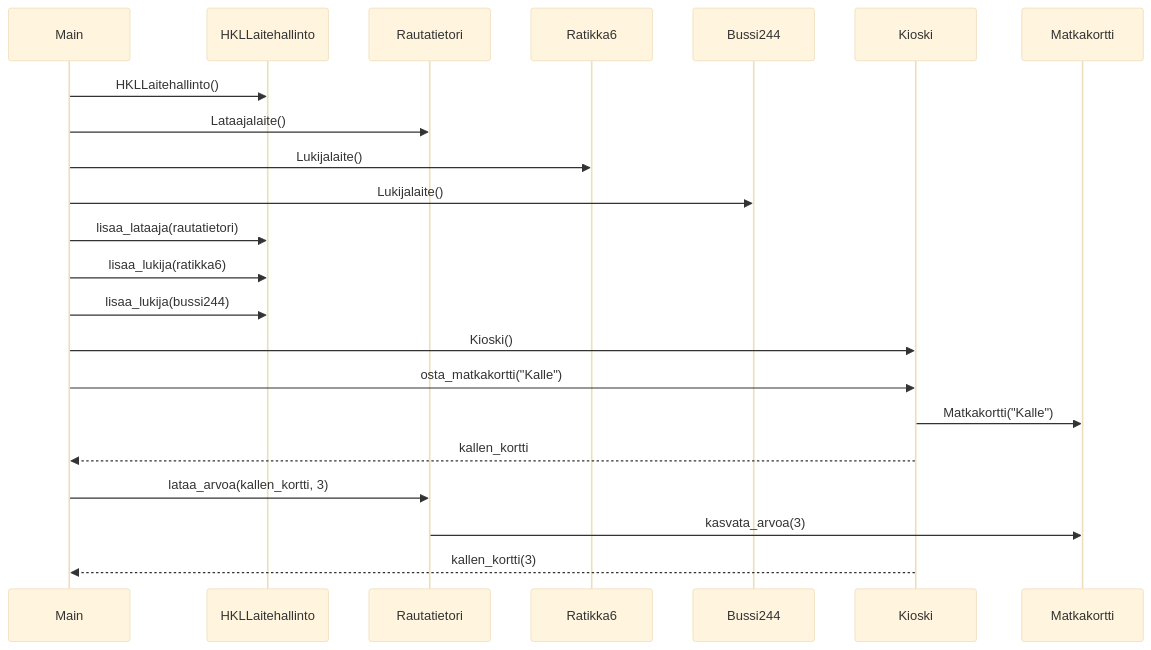
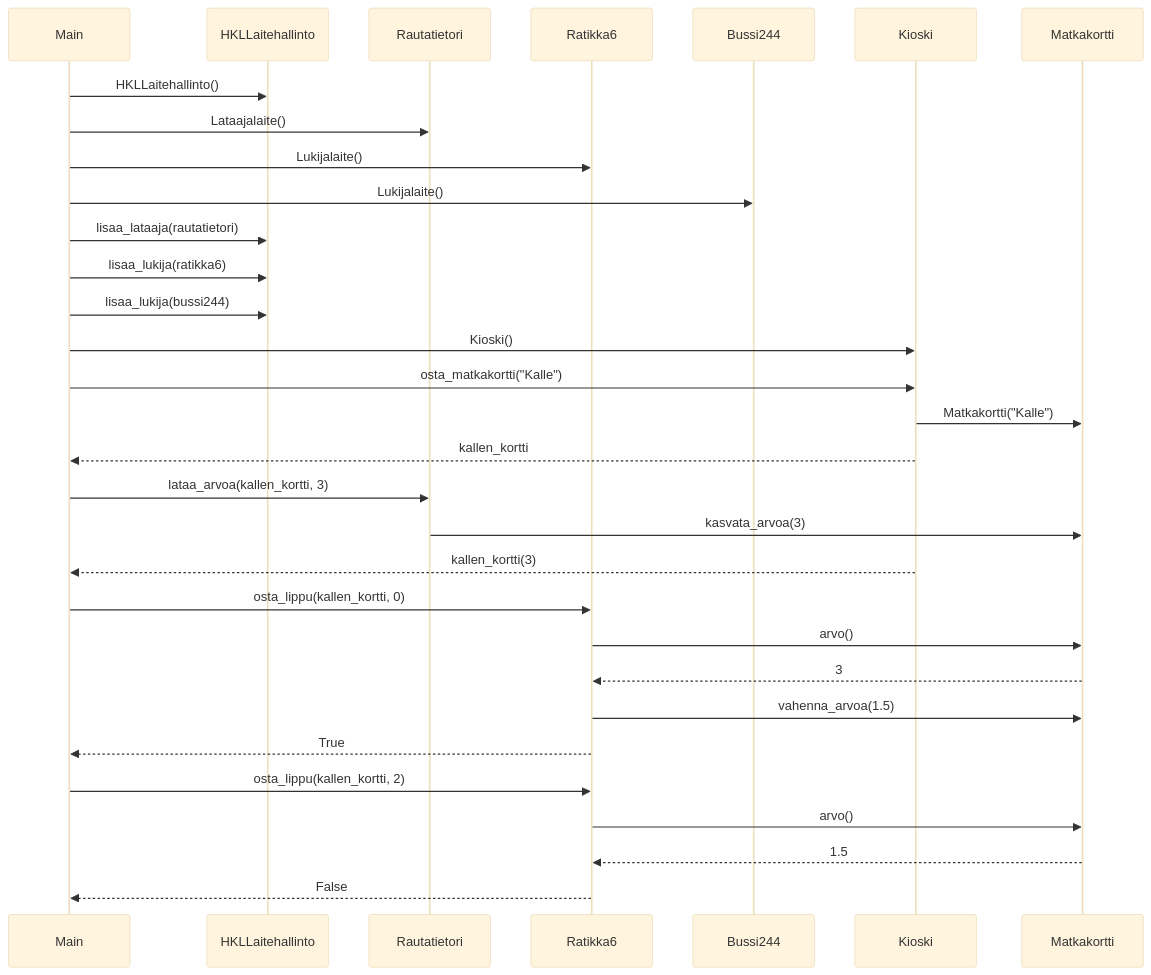
Before and after one commit to phuvio/ot-harjoitustyo: the second of 2 diagrams in laskarit/viikko3/sekvenssikaavio.md, drawn with Mermaid (base theme).

````diff
--- a/laskarit/viikko3/sekvenssikaavio.md
+++ b/laskarit/viikko3/sekvenssikaavio.md
@@ -27,26 +27,34 @@
 ```mermaid
   sequenceDiagram
       participant M as Main
       participant H as HKLLaitehallinto
       participant L as Rautatietori
       participant R as Ratikka6
       participant B as Bussi244
       participant K as Kioski
       participant A as Matkakortti
       
       M->>H: HKLLaitehallinto()
       M->>L: Lataajalaite()
       M->>R: Lukijalaite()
       M->>B: Lukijalaite()
       M->>H: lisaa_lataaja(rautatietori)
       M->>H: lisaa_lukija(ratikka6)
       M->>H: lisaa_lukija(bussi244)
       M->>K: Kioski()
       M->>K: osta_matkakortti("Kalle")
       K->>A: Matkakortti("Kalle")
       K-->>M: kallen_kortti
       M->>L: lataa_arvoa(kallen_kortti, 3)
       L->>A: kasvata_arvoa(3)
       K-->>M: kallen_kortti(3)
-      
+      M->>R: osta_lippu(kallen_kortti, 0)
+      R->>A: arvo()
+      A-->>R: 3
+      R->>A: vahenna_arvoa(1.5)
+      R-->>M: True
+      M->>R: osta_lippu(kallen_kortti, 2)
+      R->>A: arvo()
+      A-->>R: 1.5
+      R-->>M: False
 ```
````
